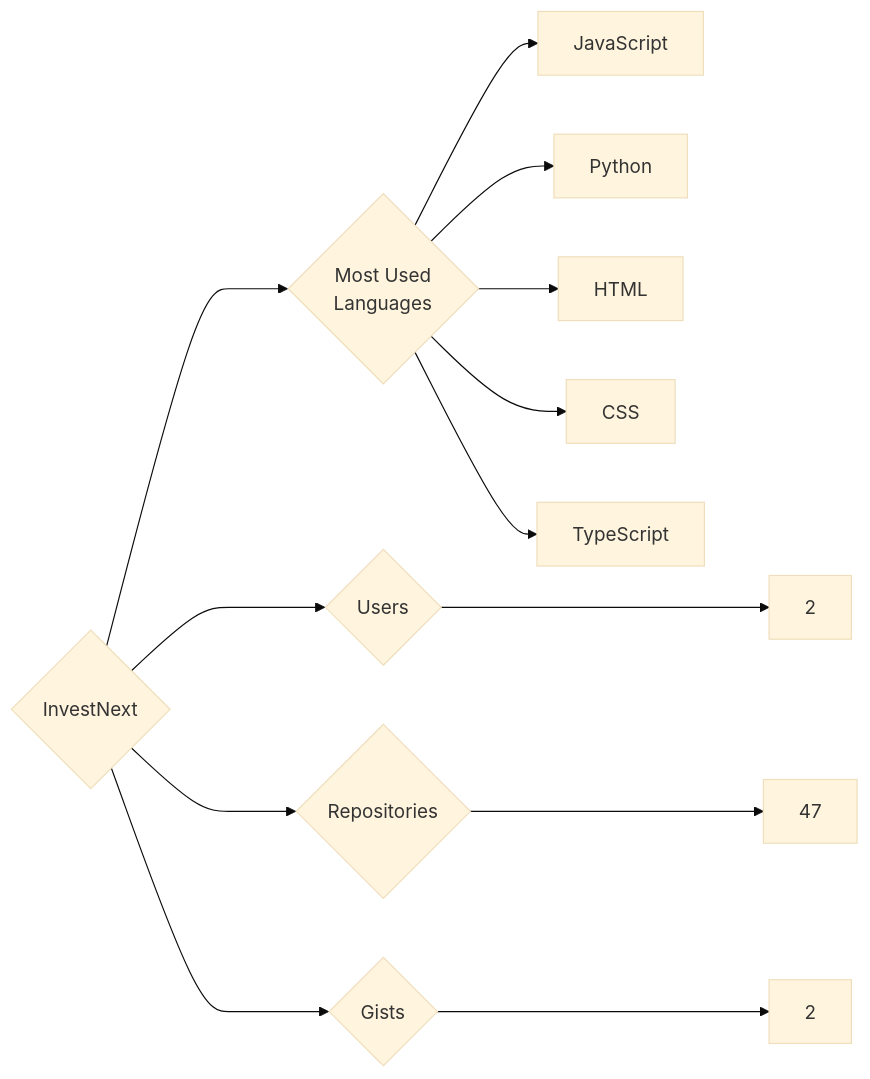
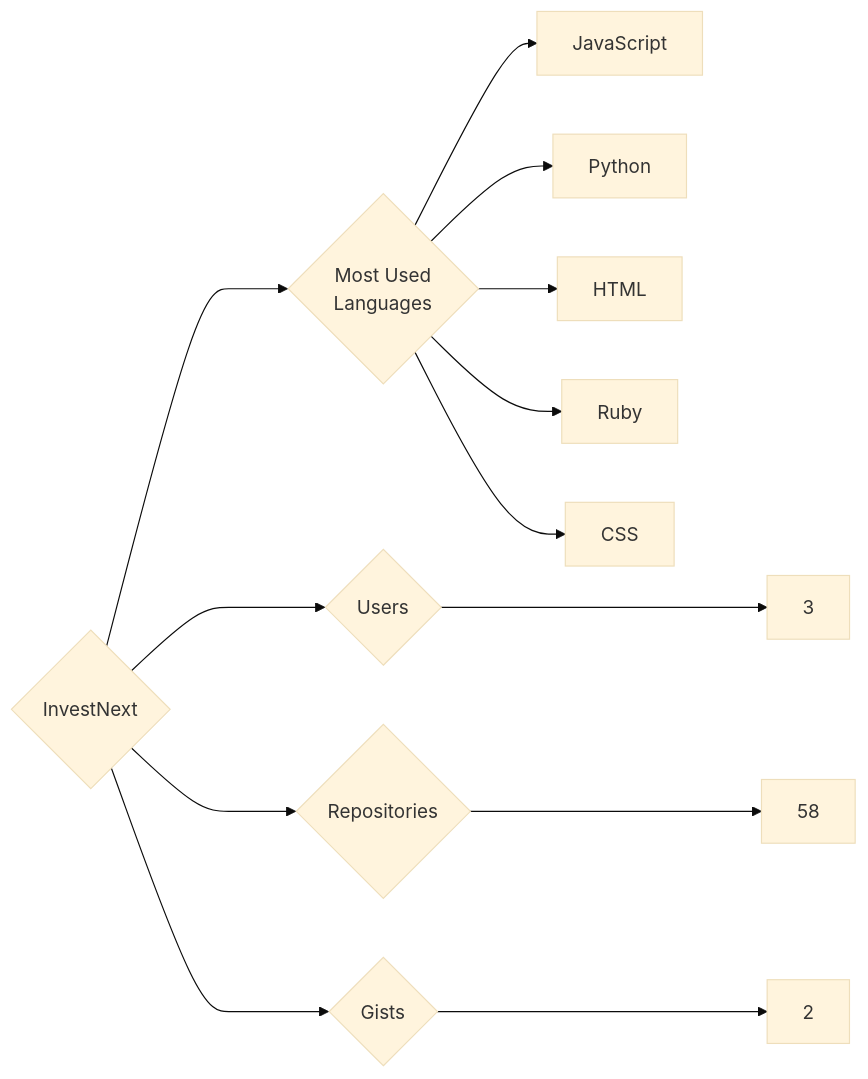
The diagram in targets/InvestNext/README.md (trickest/insiders), drawn with Mermaid (base theme) before and after one commit. The commit also changed 1055 other files, not shown here.

````diff
--- a/targets/InvestNext/README.md
+++ b/targets/InvestNext/README.md
@@ -3,13 +3,13 @@
 ```mermaid
 graph LR
 COMPANY_NAME{InvestNext}
-COMPANY_NAME ---> U{Users} ---> UN[2]
-COMPANY_NAME ---> R{Repositories} ---> RN[47]
+COMPANY_NAME ---> U{Users} ---> UN[3]
+COMPANY_NAME ---> R{Repositories} ---> RN[58]
 COMPANY_NAME ---> G{Gists} ---> GN[2]
 COMPANY_NAME ---> ML{Most Used<br>Languages}
 ML --> JavaScript[JavaScript]
 ML --> Python[Python]
 ML --> HTML[HTML]
+ML --> Ruby[Ruby]
 ML --> CSS[CSS]
-ML --> TypeScript[TypeScript]
 ```
````
